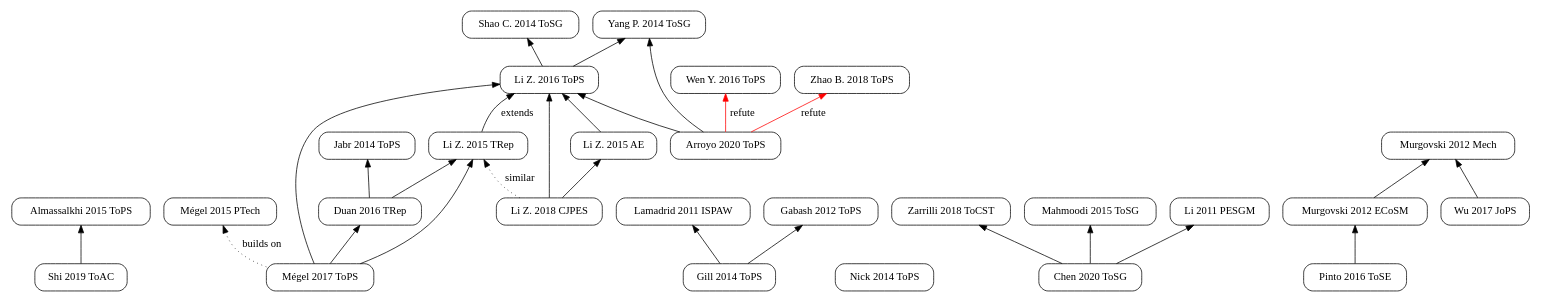
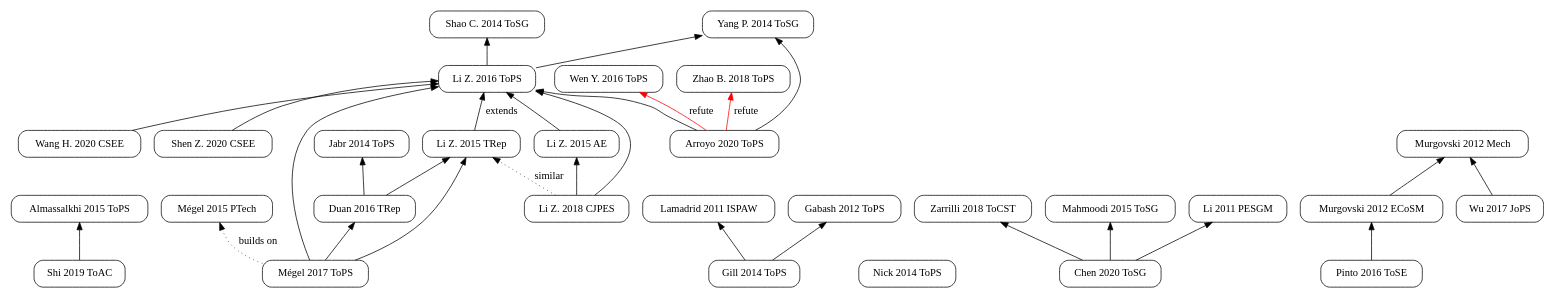
One commit to pierre-haessig/convex-storage-loss changed the diagram in Literature_citations_graph.dot. Above: the diagram before and after it, drawn with Graphviz. The commit also changed 2 other files, not shown here.

```diff
--- a/Literature_citations_graph.dot
+++ b/Literature_citations_graph.dot
@@ -1,31 +1,33 @@
 digraph Citations {
   rankdir=BT
   size ="20,20"; // 20 inches gives 1920 px
   node [shape=box, style=rounded]
 
   "Shi 2019 ToAC" -> "Almassalkhi 2015 ToPS"
   "Mégel 2015 PTech"
 
   "Gill 2014 ToPS" -> {"Lamadrid 2011 ISPAW" "Gabash 2012 ToPS"}
 
   "Nick 2014 ToPS"
 
   "Chen 2020 ToSG" -> {"Zarrilli 2018 ToCST" "Mahmoodi 2015 ToSG" "Li 2011 PESGM"}
 
   /* Li Z. legacy */
   "Li Z. 2016 ToPS" -> {"Yang P. 2014 ToSG" "Shao C. 2014 ToSG"}
   "Mégel 2017 ToPS" -> {"Li Z. 2016 ToPS" "Li Z. 2015 TRep" "Duan 2016 TRep"}
   "Mégel 2017 ToPS" -> "Mégel 2015 PTech" [label="builds on", style=dotted]
   /*"Duan 2018 ToII" -> {"Li Z. 2016 ToPS" "Duan 2016 TRep"}*/
   "Duan 2016 TRep" -> {"Li Z. 2015 TRep" "Jabr 2014 ToPS"} /*"Li Z. 2016 ToPS"*/
   "Li Z. 2015 TRep" -> "Li Z. 2016 ToPS" [label="extends"]
   "Li Z. 2015 AE" -> "Li Z. 2016 ToPS"
   "Li Z. 2018 CJPES" -> {"Li Z. 2016 ToPS" "Li Z. 2015 AE"}
   "Li Z. 2018 CJPES" -> "Li Z. 2015 TRep" [label="similar", style=dotted]
   "Arroyo 2020 ToPS" -> {"Yang P. 2014 ToSG" "Li Z. 2016 ToPS"}
   "Arroyo 2020 ToPS" -> {"Wen Y. 2016 ToPS" "Zhao B. 2018 ToPS"} [label="refute",color=red]
+  "Wang H. 2020 CSEE" -> "Li Z. 2016 ToPS"
+  "Shen Z. 2020 CSEE" -> "Li Z. 2016 ToPS"
 
   /* Murgovski legacy*/
   "Pinto 2016 ToSE" -> "Murgovski 2012 ECoSM" -> "Murgovski 2012 Mech"
   "Wu 2017 JoPS" -> "Murgovski 2012 Mech"
 }
```
